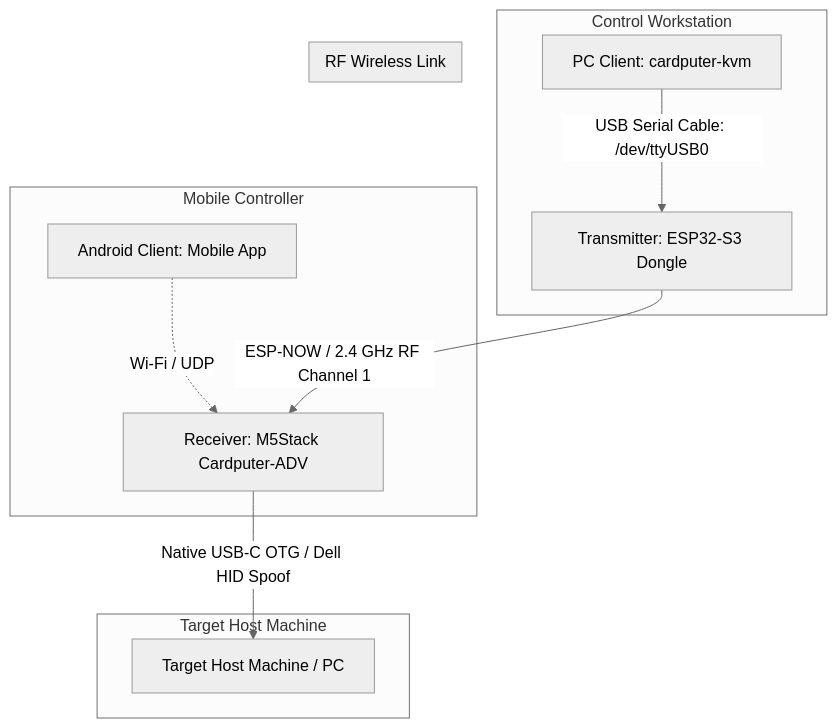
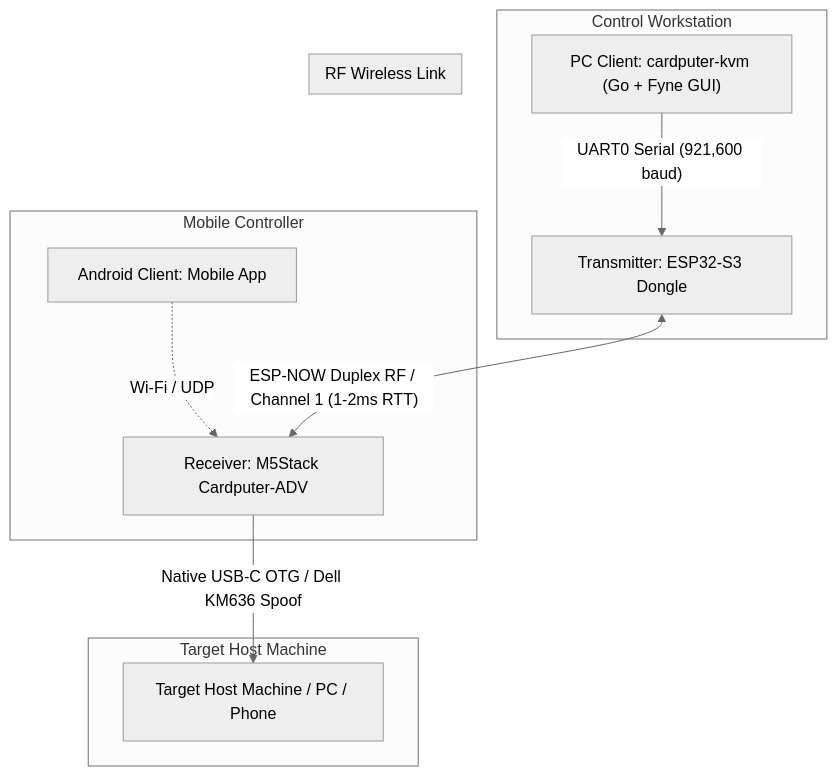
One commit to Braiden93/cardputerKVM changed the diagram in SYSTEM_OVERVIEW.md. Above: the diagram before and after it, drawn with Mermaid (neutral theme). The commit also changed other lines of this file and 5 other files, not shown here.

````diff
--- a/SYSTEM_OVERVIEW.md
+++ b/SYSTEM_OVERVIEW.md
@@ -6,18 +6,18 @@
 ```mermaid
 graph TD
     subgraph Control Workstation
-        P[PC Client: cardputer-kvm] -->|USB Serial Cable: /dev/ttyUSB0| T[Transmitter: ESP32-S3 Dongle]
+        P["PC Client: cardputer-kvm (Go + Fyne GUI)"] -->|"UART0 Serial (921,600 baud)"| T["Transmitter: ESP32-S3 Dongle"]
     end
 
     subgraph Mobile Controller
-        A[Android Client: Mobile App] -.->|Wi-Fi / UDP| R
+        A["Android Client: Mobile App"] -.->|"Wi-Fi / UDP"| R
     end
 
     subgraph RF Wireless Link
-        T -->|ESP-NOW / 2.4 GHz RF Channel 1| R[Receiver: M5Stack Cardputer-ADV]
+        T <-->|"ESP-NOW Duplex RF / Channel 1 (1-2ms RTT)"| R["Receiver: M5Stack Cardputer-ADV"]
     end
 
     subgraph Target Host Machine
-        R -->|Native USB-C OTG / Dell HID Spoof| PC[Target Host Machine / PC]
+        R -->|"Native USB-C OTG / Dell KM636 Spoof"| PC["Target Host Machine / PC / Phone"]
     end
 ```
````
